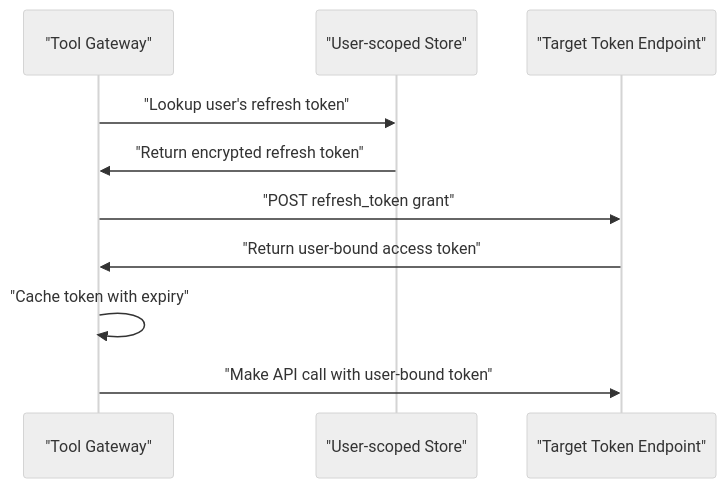
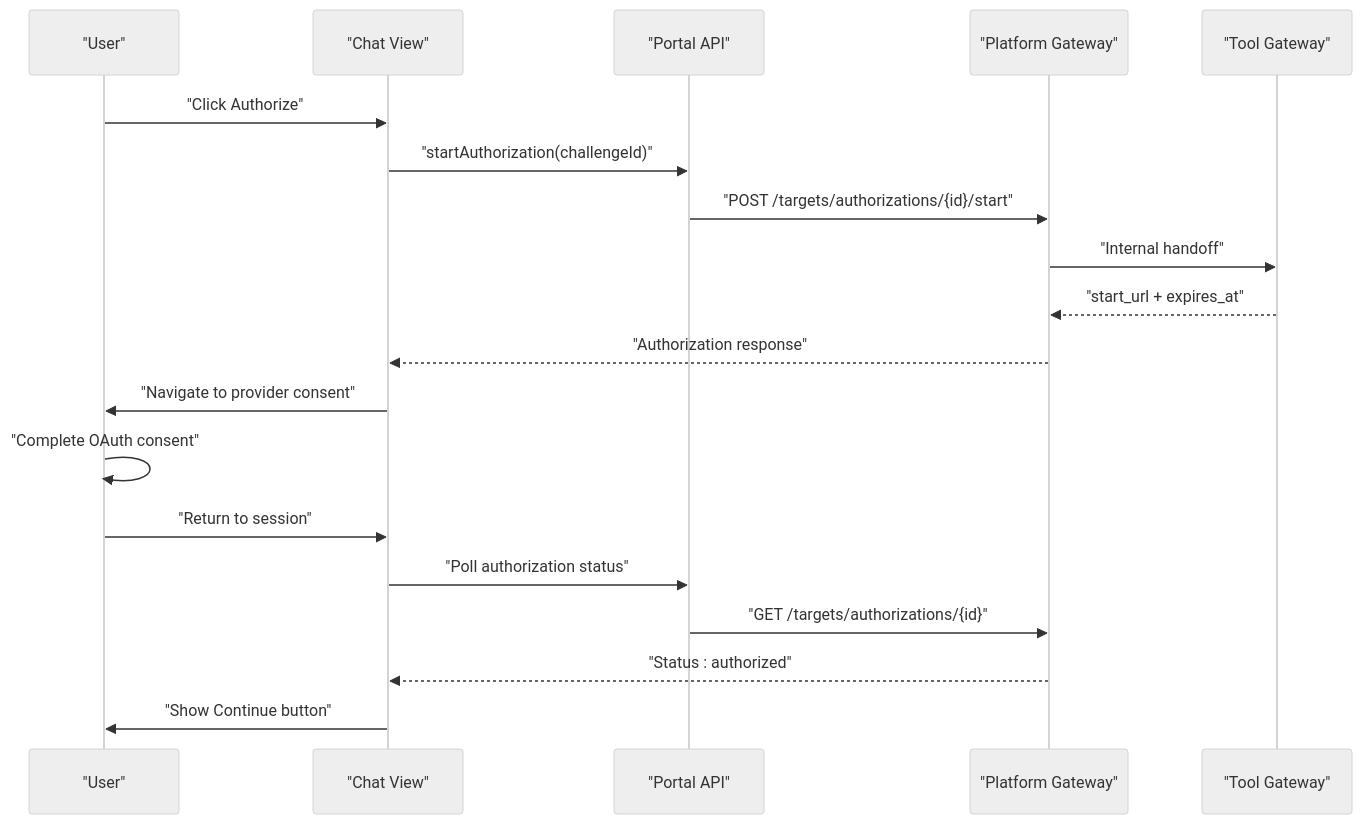
Before and after one commit to metasync/luban-aiops: the seventh of 9 diagrams in .qoder/repowiki/en/content/Shared Contracts/SPEC-070_ Outbound User-Delegated Identity.md, drawn with Mermaid (neutral theme). The commit also changed other lines of this file and 215 other files, not shown here.

Commit message:
docs: refresh .qoder/repowiki knowledge cache

````diff
--- a/.qoder/repowiki/en/content/Shared Contracts/SPEC-070_ Outbound User-Delegated Identity.md
+++ b/.qoder/repowiki/en/content/Shared Contracts/SPEC-070_ Outbound User-Delegated Identity.md
@@ -353,12 +481,21 @@
 ```mermaid
 sequenceDiagram
-participant Client as "Tool Gateway"
-participant Store as "User-scoped Store"
-participant Target as "Target Token Endpoint"
-Client->>Store : "Lookup user's refresh token"
-Store->>Client : "Return encrypted refresh token"
-Client->>Target : "POST refresh_token grant"
-Target->>Client : "Return user-bound access token"
-Client->>Client : "Cache token with expiry"
-Client->>Target : "Make API call with user-bound token"
+participant User as "User"
+participant Chat as "Chat View"
+participant PortalAPI as "Portal API"
+participant Platform as "Platform Gateway"
+participant ToolGW as "Tool Gateway"
+User->>Chat : "Click Authorize"
+Chat->>PortalAPI : "startAuthorization(challengeId)"
+PortalAPI->>Platform : "POST /targets/authorizations/{id}/start"
+Platform->>ToolGW : "Internal handoff"
+ToolGW-->>Platform : "start_url + expires_at"
+Platform-->>Chat : "Authorization response"
+Chat->>User : "Navigate to provider consent"
+User->>User : "Complete OAuth consent"
+User->>Chat : "Return to session"
+Chat->>PortalAPI : "Poll authorization status"
+PortalAPI->>Platform : "GET /targets/authorizations/{id}"
+Platform-->>Chat : "Status : authorized"
+Chat->>User : "Show Continue button"
 ```
````
